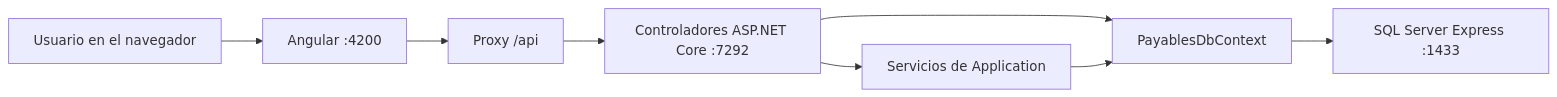
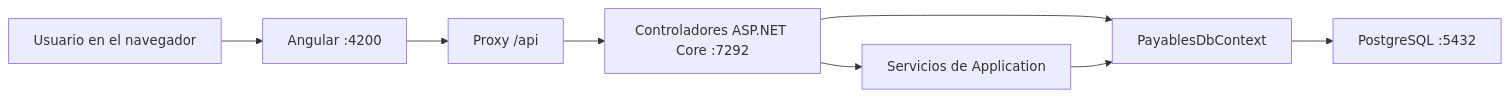
The diagram in README.md (frederic-morales/FinalDesarrolloWeb), drawn with Mermaid before and after one commit. The commit also changed other lines of this file and 24 other files, not shown here.

Commit message:
Migrar a PostgreSQL y preparar despliegue en Neon Render y Vercel

````diff
--- a/README.md
+++ b/README.md
@@ -20,10 +21,10 @@
 ```mermaid
 flowchart LR
     U["Usuario en el navegador"] --> F["Angular :4200"]
     F --> P["Proxy /api"]
     P --> C["Controladores ASP.NET Core :7292"]
     C --> S["Servicios de Application"]
     C --> D["PayablesDbContext"]
     S --> D
-    D --> B["SQL Server Express :1433"]
+    D --> B["PostgreSQL :5432"]
 ```
````
